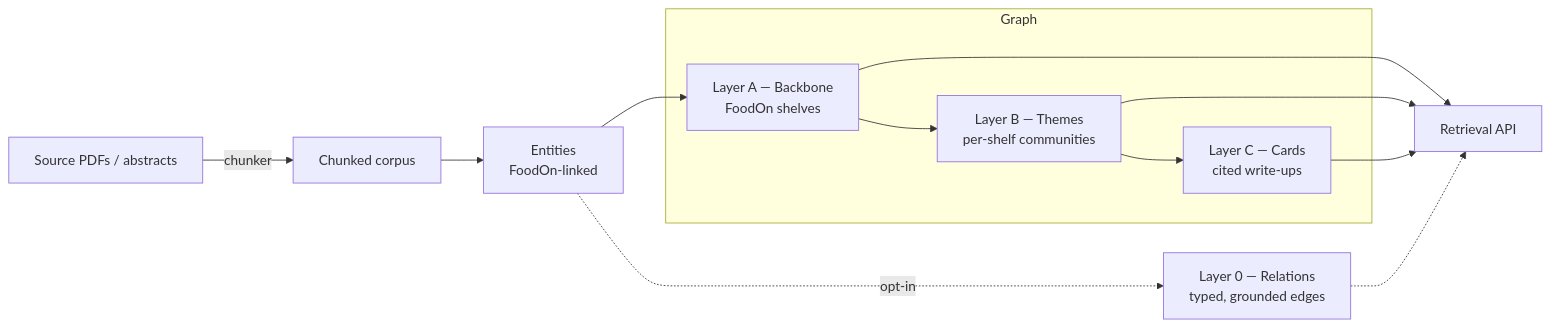
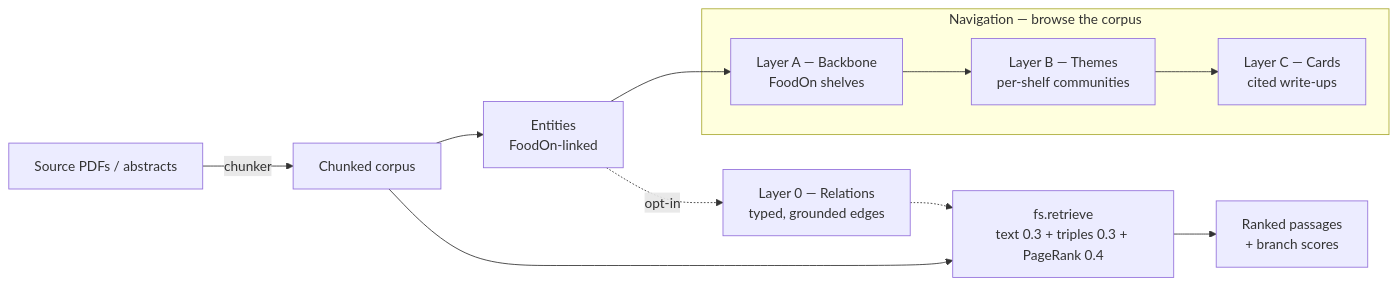
Before and after one commit to wisefood/foodscholar-lib: the diagram in docs/index.md, drawn with Mermaid. The commit also changed other lines of this file and 11 other files, not shown here.

````diff
--- a/docs/index.md
+++ b/docs/index.md
@@ -10,15 +15,14 @@
 ```{mermaid}
 flowchart LR
     PDFs[Source PDFs / abstracts] -->|chunker| Corpus[Chunked corpus]
     Corpus --> E[Entities<br/>FoodOn-linked]
     E -.->|opt-in| L0[Layer 0 — Relations<br/>typed, grounded edges]
-    subgraph Graph
+    subgraph Graph[Navigation — browse the corpus]
       A[Layer A — Backbone<br/>FoodOn shelves] --> B[Layer B — Themes<br/>per-shelf communities]
       B --> C[Layer C — Cards<br/>cited write-ups]
     end
     E --> A
-    A --> Q[Retrieval API]
-    B --> Q
-    C --> Q
+    Corpus --> Q[fs.retrieve<br/>text 0.3 + triples 0.3 + PageRank 0.4]
     L0 -.-> Q
+    Q --> H[Ranked passages<br/>+ branch scores]
 ```
````
